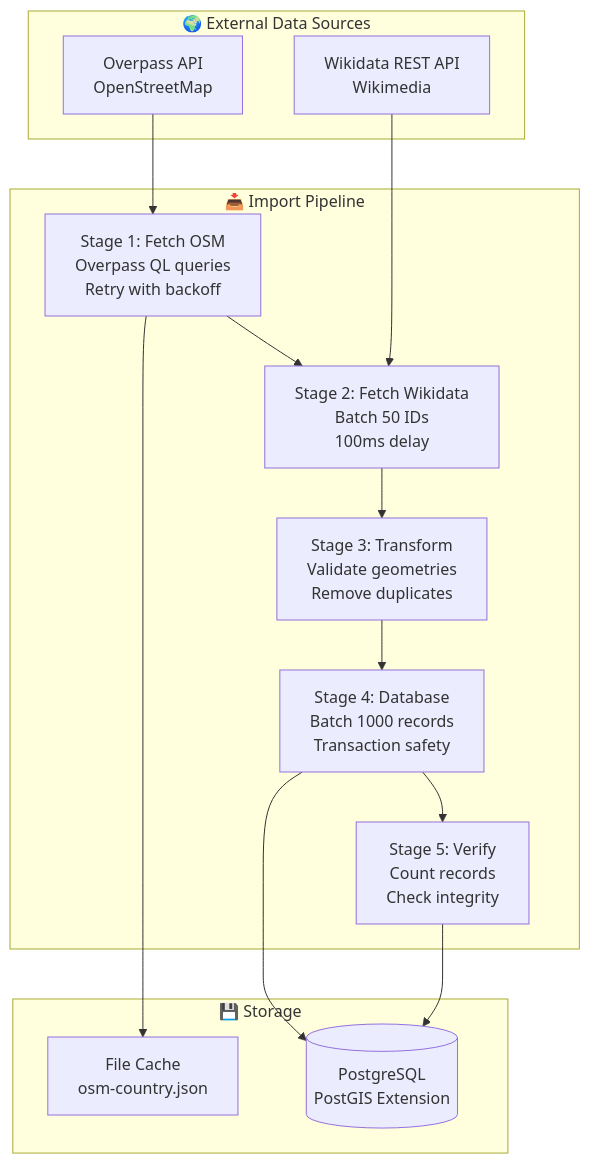
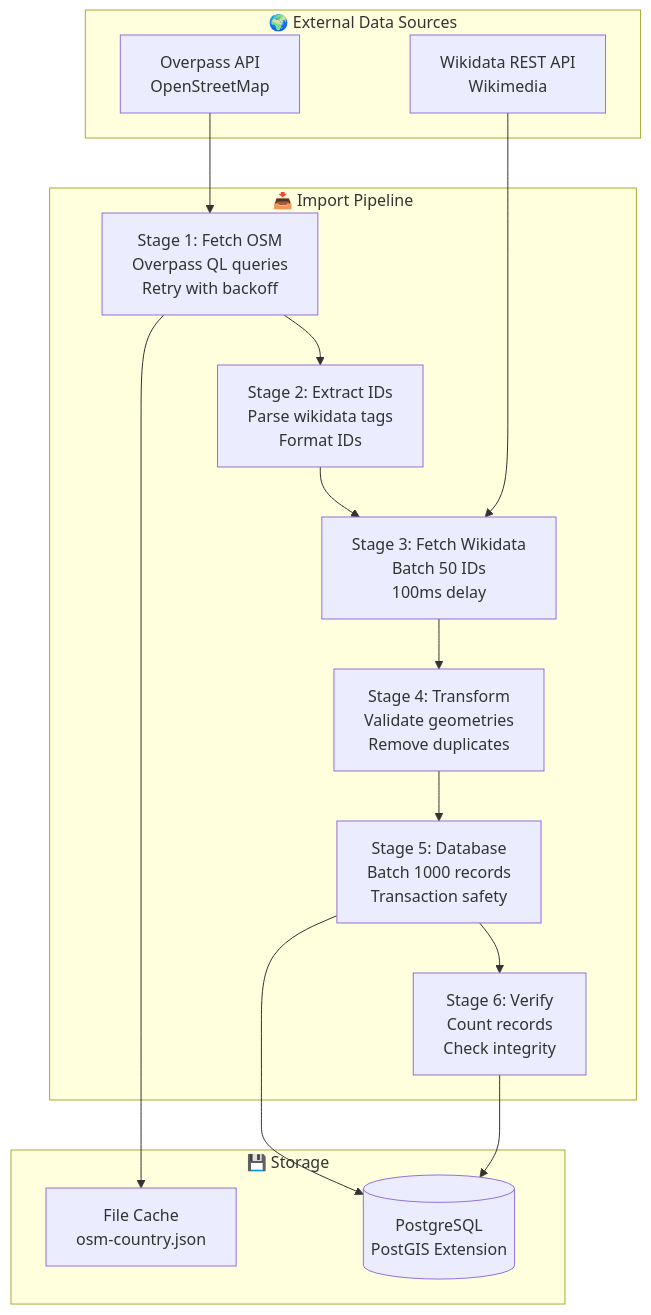
The first of 10 diagrams in docs/import/visual-overview.md (DaxServer/geocode-commons-categories), drawn with Mermaid before and after one commit. The commit also changed other lines of this file and 5 other files, not shown here.

````diff
--- a/docs/import/visual-overview.md
+++ b/docs/import/visual-overview.md
@@ -7,31 +7,33 @@
 ```mermaid
 graph TB
     subgraph "🌍 External Data Sources"
         OSM_API[Overpass API<br/>OpenStreetMap]
         WD_API[Wikidata REST API<br/>Wikimedia]
     end
 
     subgraph "📥 Import Pipeline"
         STAGE1[Stage 1: Fetch OSM<br/>Overpass QL queries<br/>Retry with backoff]
-        STAGE2[Stage 2: Fetch Wikidata<br/>Batch 50 IDs<br/>100ms delay]
-        STAGE3[Stage 3: Transform<br/>Validate geometries<br/>Remove duplicates]
-        STAGE4[Stage 4: Database<br/>Batch 1000 records<br/>Transaction safety]
-        STAGE5[Stage 5: Verify<br/>Count records<br/>Check integrity]
+        STAGE2[Stage 2: Extract IDs<br/>Parse wikidata tags<br/>Format IDs]
+        STAGE3[Stage 3: Fetch Wikidata<br/>Batch 50 IDs<br/>100ms delay]
+        STAGE4[Stage 4: Transform<br/>Validate geometries<br/>Remove duplicates]
+        STAGE5[Stage 5: Database<br/>Batch 1000 records<br/>Transaction safety]
+        STAGE6[Stage 6: Verify<br/>Count records<br/>Check integrity]
     end
 
     subgraph "💾 Storage"
         CACHE["File Cache<br/>osm-country.json"]
         POSTGRES[(PostgreSQL<br/>PostGIS Extension)]
     end
 
     OSM_API --> STAGE1
     STAGE1 --> CACHE
     STAGE1 --> STAGE2
-    WD_API --> STAGE2
     STAGE2 --> STAGE3
+    WD_API --> STAGE3
     STAGE3 --> STAGE4
-    STAGE4 --> POSTGRES
     STAGE4 --> STAGE5
     STAGE5 --> POSTGRES
+    STAGE5 --> STAGE6
+    STAGE6 --> POSTGRES
 
 ```
````
